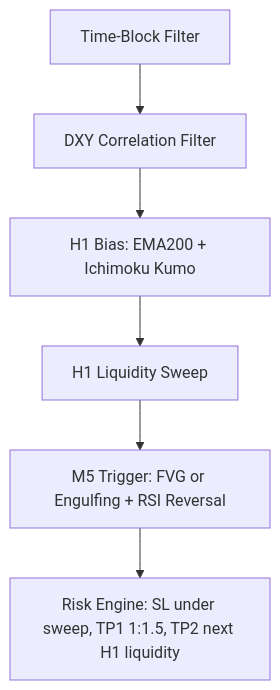
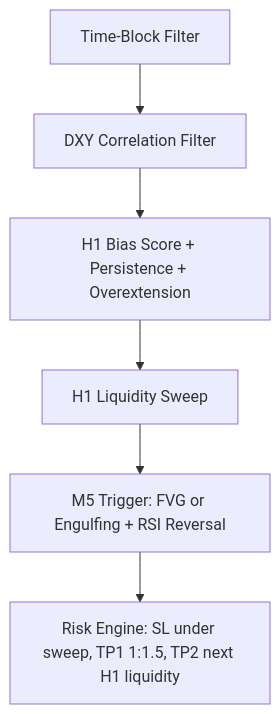
One commit to gmurrr/SignalBot changed the diagram in README.md. Above: the diagram before and after it, drawn with Mermaid. The commit also changed other lines of this file and 5 other files, not shown here.

````diff
--- a/README.md
+++ b/README.md
@@ -312,8 +379,8 @@
 ```mermaid
 flowchart TD
     A["Time-Block Filter"] --> B["DXY Correlation Filter"]
-    B --> C["H1 Bias: EMA200 + Ichimoku Kumo"]
+    B --> C["H1 Bias Score + Persistence + Overextension"]
     C --> D["H1 Liquidity Sweep"]
     D --> E["M5 Trigger: FVG or Engulfing + RSI Reversal"]
     E --> F["Risk Engine: SL under sweep, TP1 1:1.5, TP2 next H1 liquidity"]
 ```
````
